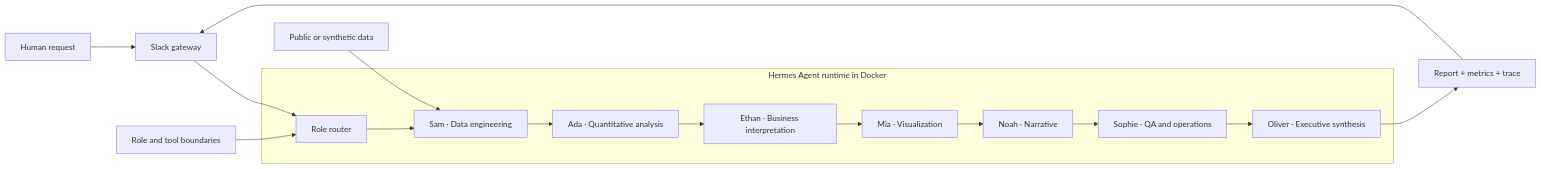
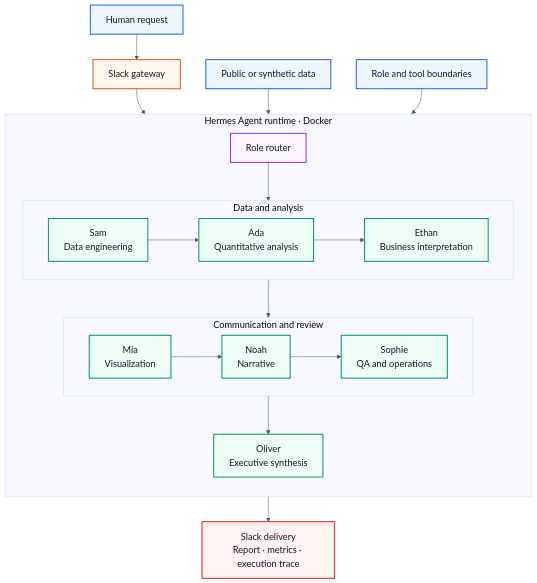
Before and after one commit to Lee2379/agentic-analytics-office: the diagram in README.md, drawn with Mermaid.

Commit message:
Improve architecture diagram readability

````diff
--- a/README.md
+++ b/README.md
@@ -52,18 +52,47 @@
 ```mermaid
-flowchart LR
+%%{init: {"theme": "base", "themeVariables": {"fontSize": "18px", "fontFamily": "Arial, sans-serif", "lineColor": "#475569"}}}%%
+flowchart TB
     U["Human request"] --> S["Slack gateway"]
-    S --> R["Role router"]
-    subgraph D["Hermes Agent runtime in Docker"]
-      R --> SAM["Sam · Data engineering"]
-      SAM --> ADA["Ada · Quantitative analysis"]
-      ADA --> ETHAN["Ethan · Business interpretation"]
-      ETHAN --> MIA["Mia · Visualization"]
-      MIA --> NOAH["Noah · Narrative"]
-      NOAH --> SOPHIE["Sophie · QA and operations"]
-      SOPHIE --> OLIVER["Oliver · Executive synthesis"]
+    DATA["Public or synthetic data"]
+    POLICY["Role and tool boundaries"]
+
+    subgraph D["Hermes Agent runtime · Docker"]
+      direction TB
+      R["Role router"]
+
+      subgraph ANALYSIS["Data and analysis"]
+        direction LR
+        SAM["Sam<br/>Data engineering"] --> ADA["Ada<br/>Quantitative analysis"] --> ETHAN["Ethan<br/>Business interpretation"]
+      end
+
+      subgraph DELIVERY["Communication and review"]
+        direction LR
+        MIA["Mia<br/>Visualization"] --> NOAH["Noah<br/>Narrative"] --> SOPHIE["Sophie<br/>QA and operations"]
+      end
+
+      OLIVER["Oliver<br/>Executive synthesis"]
+
+      R --> SAM
+      ETHAN --> MIA
+      SOPHIE --> OLIVER
     end
-    OLIVER --> O["Report + metrics + trace"]
-    O --> S
-    DATA["Public or synthetic data"] --> SAM
-    POLICY["Role and tool boundaries"] --> R
+
+    O["Slack delivery<br/>Report · metrics · execution trace"]
+
+    S --> R
+    DATA --> SAM
+    POLICY --> R
+    OLIVER --> O
+
+    classDef input fill:#EFF6FF,stroke:#2563EB,color:#0F172A,stroke-width:2px;
+    classDef gateway fill:#FFF7ED,stroke:#EA580C,color:#0F172A,stroke-width:2px;
+    classDef router fill:#FAF5FF,stroke:#9333EA,color:#0F172A,stroke-width:2px;
+    classDef agent fill:#ECFDF5,stroke:#059669,color:#0F172A,stroke-width:2px;
+    classDef output fill:#FEF2F2,stroke:#DC2626,color:#0F172A,stroke-width:2px;
+
+    class U,DATA,POLICY input;
+    class S gateway;
+    class R router;
+    class SAM,ADA,ETHAN,MIA,NOAH,SOPHIE,OLIVER agent;
+    class O output;
 ```
````
